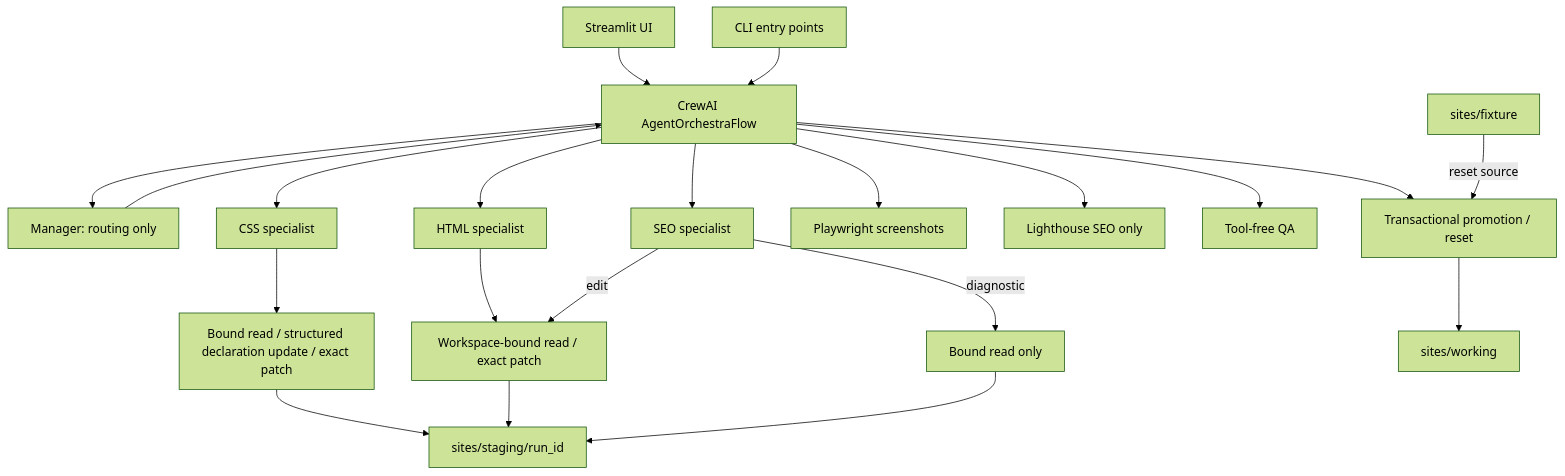
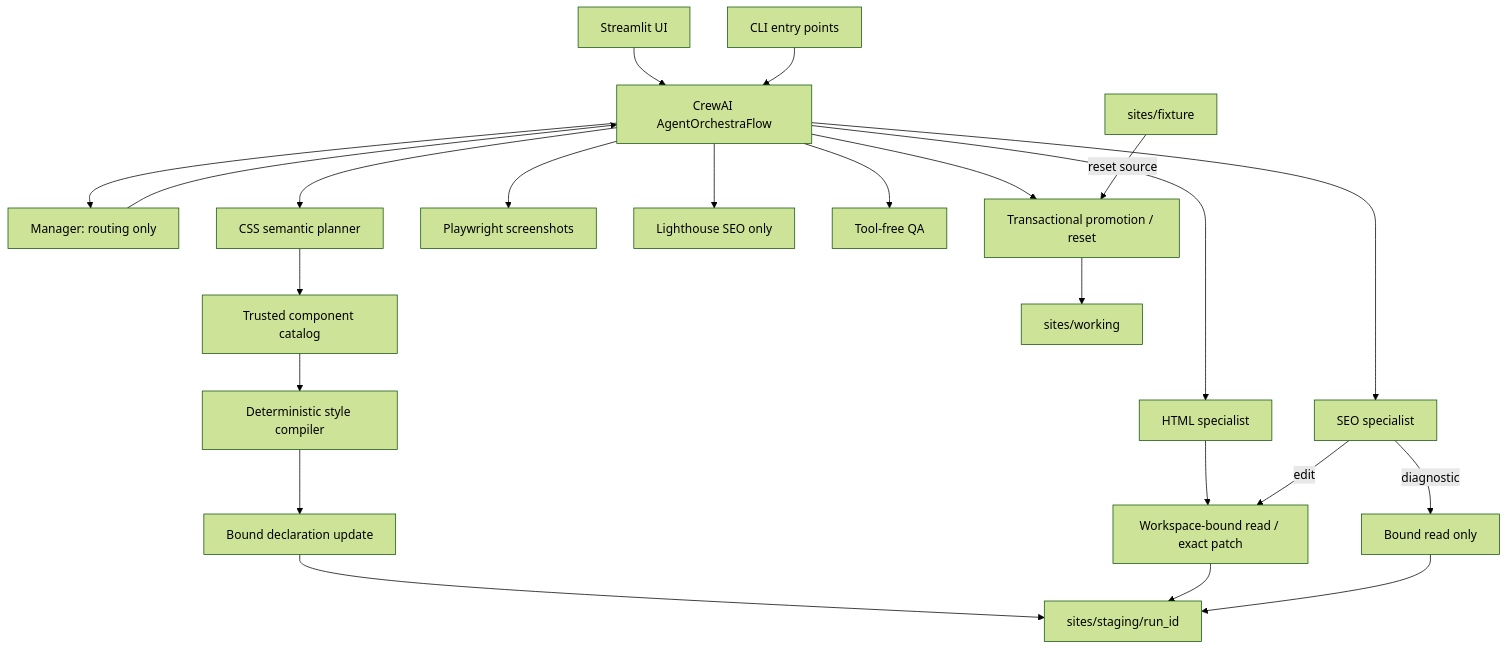
One commit to NaimurRahmannn/Multi-Agent-Orchestrator changed the first of 6 diagrams in agentorchestra/docs/architecture.md. Above: the diagram before and after it, drawn with Mermaid (forest theme). The commit also changed other lines of this file and 32 other files, not shown here.

Commit message:
feat(css): add semantic style planning and deterministic CSS compilation

````diff
--- a/agentorchestra/docs/architecture.md
+++ b/agentorchestra/docs/architecture.md
@@ -7,23 +7,25 @@
 ```mermaid
 flowchart TB
     UI[Streamlit UI] --> FLOW[CrewAI AgentOrchestraFlow]
     CLI[CLI entry points] --> FLOW
     FLOW --> MAN[Manager: routing only]
     MAN --> FLOW
     FLOW --> HTML[HTML specialist]
-    FLOW --> CSS[CSS specialist]
+    FLOW --> CSS[CSS semantic planner]
     FLOW --> SEO[SEO specialist]
     HTML --> TOOLS[Workspace-bound read / exact patch]
-    CSS --> CSS_TOOLS[Bound read / structured declaration update / exact patch]
+    CSS --> CATALOG[Trusted component catalog]
+    CATALOG --> COMPILER[Deterministic style compiler]
+    COMPILER --> CSS_TOOLS[Bound declaration update]
     CSS_TOOLS --> STAGE
     SEO -->|edit| TOOLS
     SEO -->|diagnostic| READ[Bound read only]
     TOOLS --> STAGE[sites/staging/run_id]
     READ --> STAGE
     FLOW --> SHOT[Playwright screenshots]
     FLOW --> LH[Lighthouse SEO only]
     FLOW --> QA[Tool-free QA]
     FLOW --> PROMO[Transactional promotion / reset]
     PROMO --> WORK[sites/working]
     FIX[sites/fixture] -->|reset source| PROMO
 ```
````
